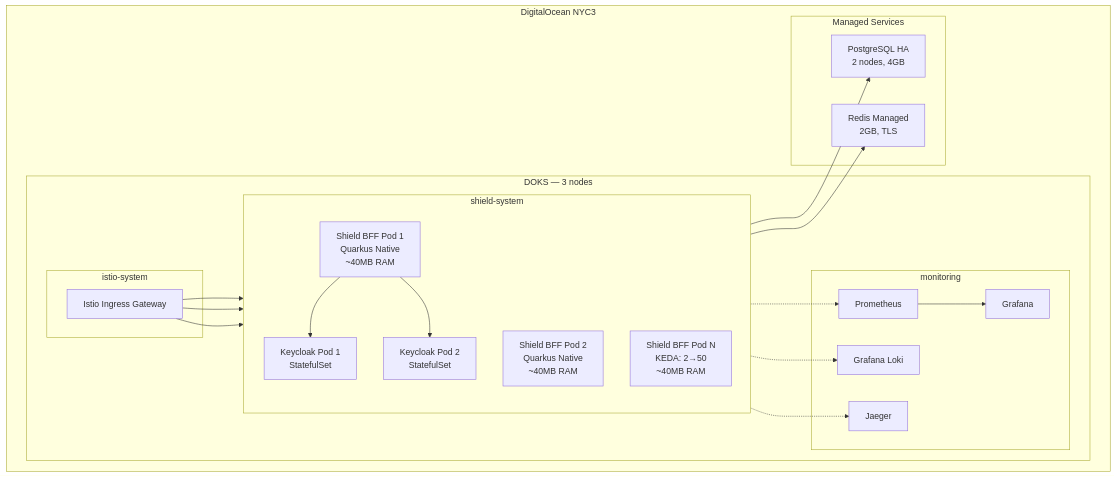
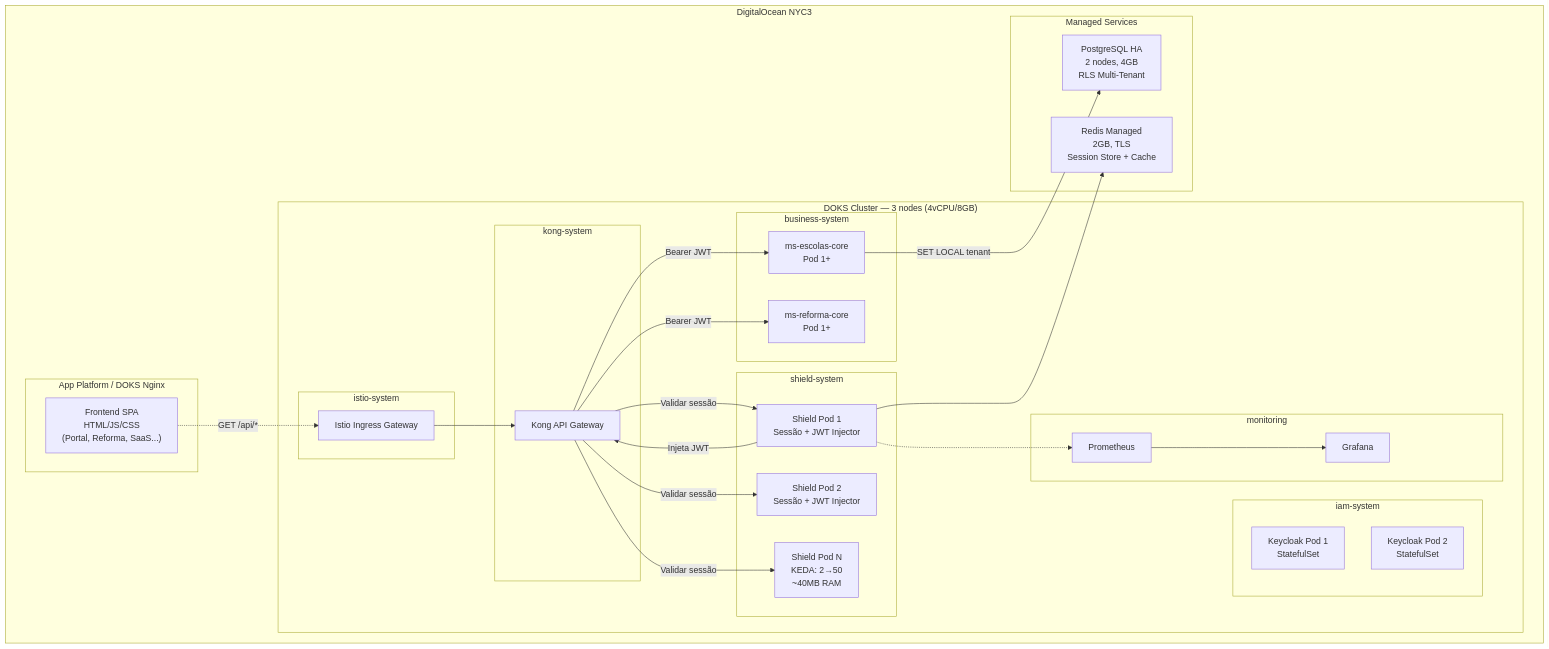
One commit to bolismar69/workspace-fbso changed the fifth of 7 diagrams in business-inputs/business-projects/PRJ-TEC-2026-0004-PROJETO-SHIELD/11-HLD-PRJ-TEC-2026-0004-PROJETO-SHIELD.md. Above: the diagram before and after it, drawn with Mermaid. The commit also changed other lines of this file and 2 other files, not shown here.

First line of the commit message:
docs: revisao completa dos diagramas — Shield como filtro Kong

````diff
--- a/business-inputs/business-projects/PRJ-TEC-2026-0004-PROJETO-SHIELD/11-HLD-PRJ-TEC-2026-0004-PROJETO-SHIELD.md
+++ b/business-inputs/business-projects/PRJ-TEC-2026-0004-PROJETO-SHIELD/11-HLD-PRJ-TEC-2026-0004-PROJETO-SHIELD.md
@@ -143,37 +174,48 @@
 ```mermaid
 flowchart TB
     subgraph DO["DigitalOcean NYC3"]
-        subgraph DOKS["DOKS — 3 nodes"]
+        subgraph AppPlatform["App Platform / DOKS Nginx"]
+            SPA["Frontend SPA\nHTML/JS/CSS\n(Portal, Reforma, SaaS...)"]
+        end
+
+        subgraph DOKS["DOKS Cluster — 3 nodes (4vCPU/8GB)"]
             subgraph istio-system["istio-system"]
                 IstioGW["Istio Ingress Gateway"]
             end
+            subgraph kong-system["kong-system"]
+                KongGW["Kong API Gateway"]
+            end
             subgraph shield-system["shield-system"]
-                direction TB
-                BFF1["Shield BFF Pod 1\nQuarkus Native\n~40MB RAM"]
-                BFF2["Shield BFF Pod 2\nQuarkus Native\n~40MB RAM"]
-                BFFN["Shield BFF Pod N\nKEDA: 2→50\n~40MB RAM"]
-                KCPod1["Keycloak Pod 1\nStatefulSet"]
-                KCPod2["Keycloak Pod 2\nStatefulSet"]
+                Shield1["Shield Pod 1\nSessão + JWT Injector"]
+                Shield2["Shield Pod 2\nSessão + JWT Injector"]
+                ShieldN["Shield Pod N\nKEDA: 2→50\n~40MB RAM"]
+            end
+            subgraph business-system["business-system"]
+                MS1["ms-escolas-core\nPod 1+"]
+                MS2["ms-reforma-core\nPod 1+"]
+            end
+            subgraph iam-system["iam-system"]
+                KC1["Keycloak Pod 1\nStatefulSet"]
+                KC2["Keycloak Pod 2\nStatefulSet"]
             end
             subgraph monitoring["monitoring"]
                 Prom["Prometheus"]
                 Graf["Grafana"]
-                Loki["Grafana Loki"]
-                Jaeger["Jaeger"]
             end
         end
+
         subgraph Managed["Managed Services"]
-            PGHA["PostgreSQL HA\n2 nodes, 4GB"]
-            RedisDO["Redis Managed\n2GB, TLS"]
+            PGHA["PostgreSQL HA\n2 nodes, 4GB\nRLS Multi-Tenant"]
+            RedisDO["Redis Managed\n2GB, TLS\nSession Store + Cache"]
         end
     end
 
-    IstioGW --> BFF1 & BFF2 & BFFN
-    BFF1 --> KCPod1 & KCPod2
-    BFF1 --> PGHA
-    BFF1 --> RedisDO
-    BFF1 -.-> Prom
-    Prom --> Graf
-    BFF1 -.-> Loki
-    BFF1 -.-> Jaeger
+    SPA -.->|"GET /api/*"| IstioGW
+    IstioGW --> KongGW
+    KongGW -->|"Validar sessão"| Shield1 & Shield2 & ShieldN
+    Shield1 -->|"Injeta JWT"| KongGW
+    KongGW -->|"Bearer JWT"| MS1 & MS2
+    MS1 -->|"SET LOCAL tenant"| PGHA
+    Shield1 --> RedisDO
+    Shield1 -.-> Prom --> Graf
 ```
````
